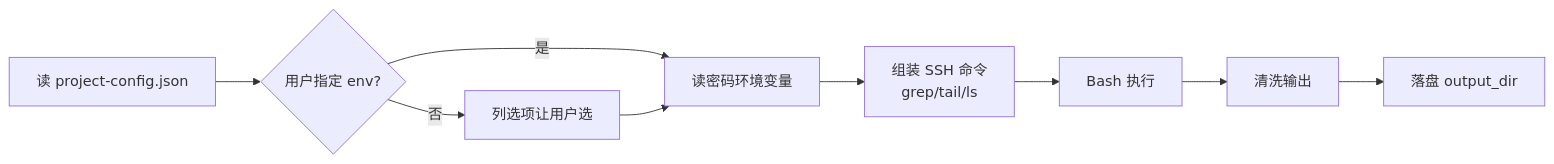
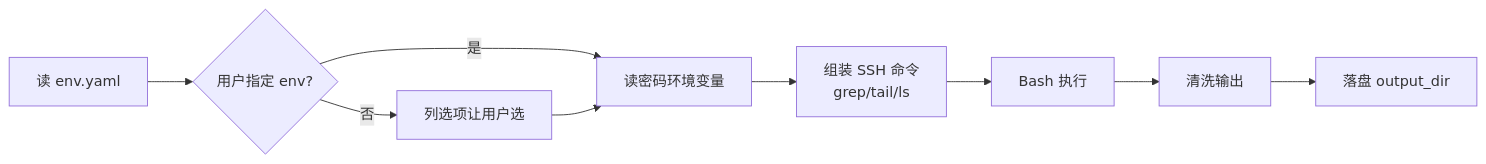
One commit to dd-xiaozhi/dev-agent-flow changed the diagram in .claude/skills/remote-log-fetch/SKILL.md. Above: the diagram before and after it, drawn with Mermaid. The commit also changed other lines of this file and 102 other files, not shown here.

First line of the commit message:
refactor: 对齐 agent-dev-standard —— .chatlabs 迁移至 docs/ + 配置转 docs/env.yaml

````diff
--- a/.claude/skills/remote-log-fetch/SKILL.md
+++ b/.claude/skills/remote-log-fetch/SKILL.md
@@ -78,11 +78,11 @@
 ```mermaid
 flowchart LR
-  A[读 project-config.json] --> B{用户指定 env?}
+  A[读 env.yaml] --> B{用户指定 env?}
   B -->|否| C[列选项让用户选]
   B -->|是| D[读密码环境变量]
   C --> D
   D --> E[组装 SSH 命令<br/>grep/tail/ls]
   E --> F[Bash 执行]
   F --> G[清洗输出]
   G --> H[落盘 output_dir]
 ```
````
